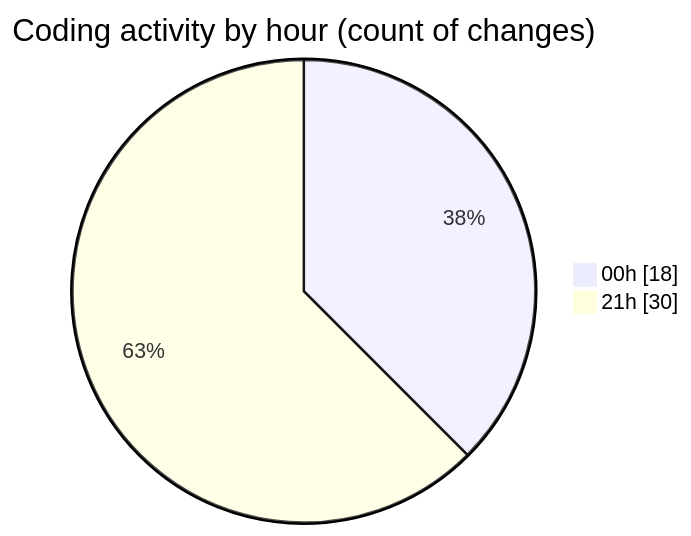
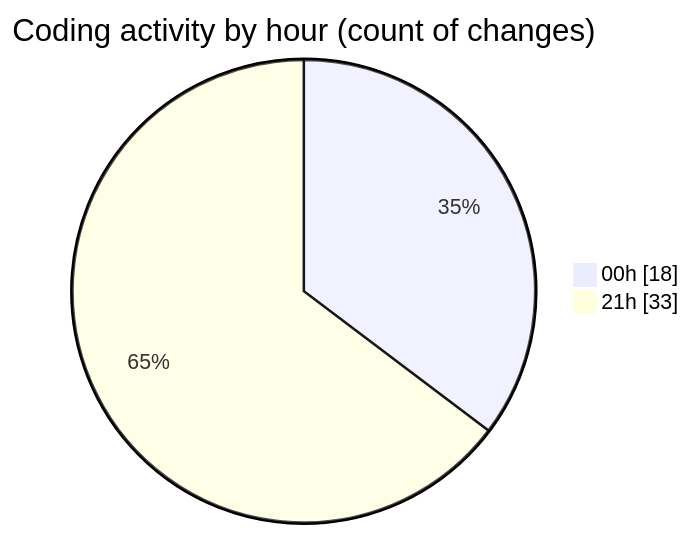
Before and after one commit to Netris89/code-tracking: the second of 2 diagrams in 2025-04-23/echo/README.md, drawn with Mermaid. The commit also changed other lines of this file and 1 other file, not shown here.

````diff
--- a/2025-04-23/echo/README.md
+++ b/2025-04-23/echo/README.md
@@ -30,6 +30,6 @@
 ```mermaid
 pie showData
 title Coding activity by hour (count of changes)
 "00h" : 18
-"21h" : 30
+"21h" : 33
 ```
````
